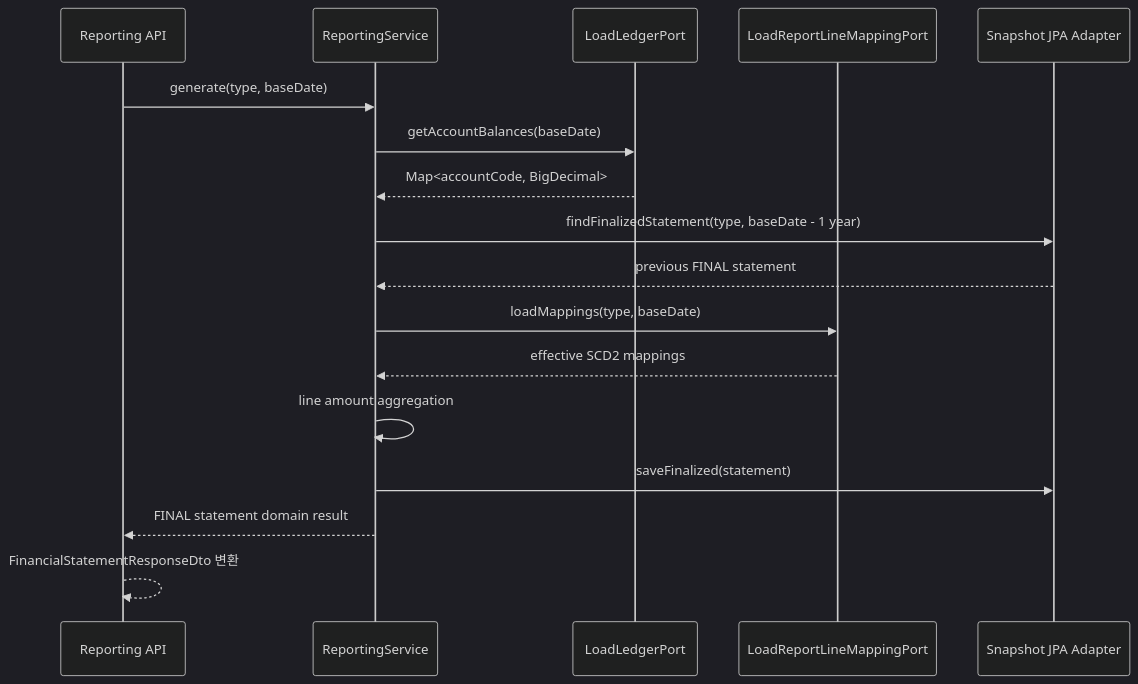
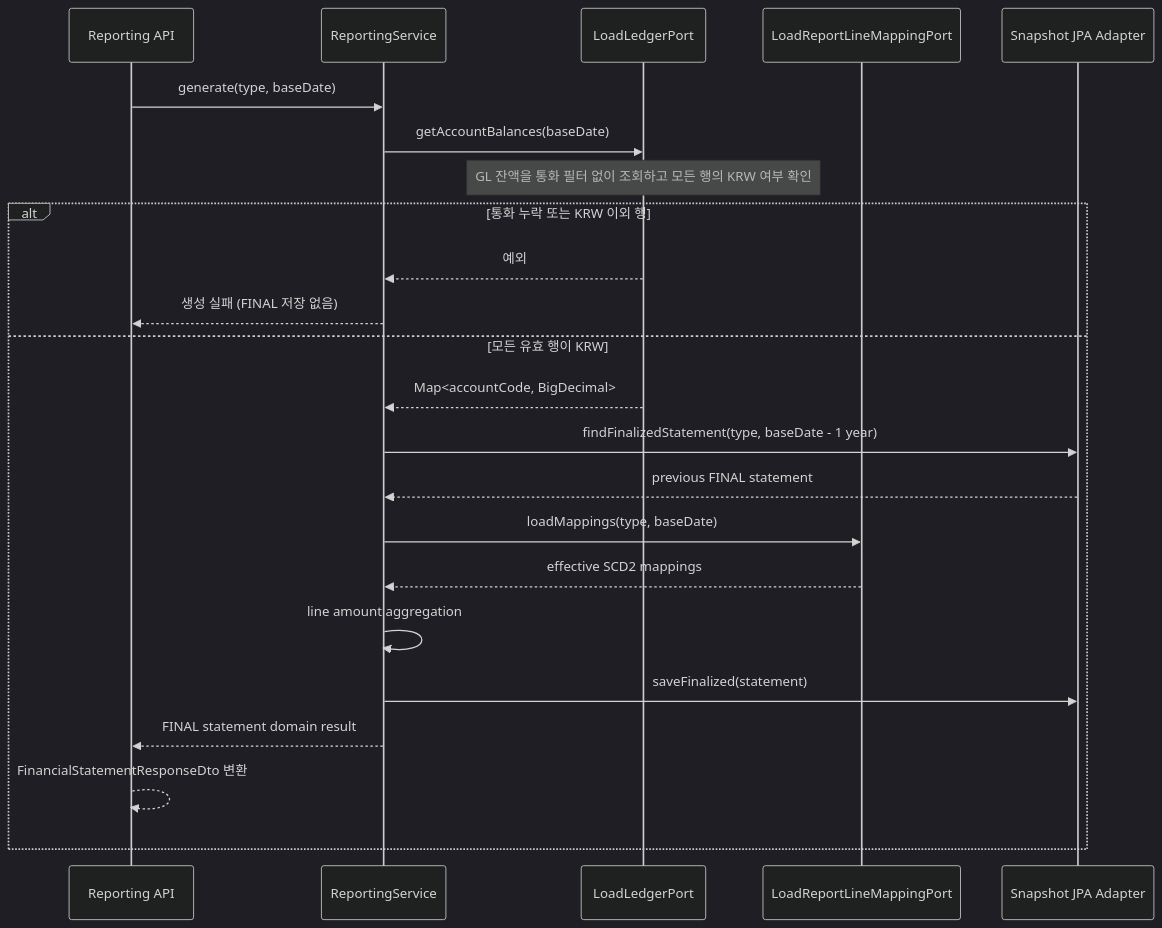
The first of 5 diagrams in reporting/docs/process-flow.md (skyg547/account), drawn with Mermaid (dark theme) before and after one commit. The commit also changed other lines of this file and 3 other files, not shown here.

Commit message:
GH-857: reject non-KRW ledger balances before reporting aggregation

````diff
--- a/reporting/docs/process-flow.md
+++ b/reporting/docs/process-flow.md
@@ -5,20 +5,26 @@
 ```mermaid
 sequenceDiagram
     participant API as Reporting API
     participant Service as ReportingService
     participant Ledger as LoadLedgerPort
     participant Mapping as LoadReportLineMappingPort
     participant Snapshot as Snapshot JPA Adapter
 
     API->>Service: generate(type, baseDate)
     Service->>Ledger: getAccountBalances(baseDate)
+    Note over Ledger: GL 잔액을 통화 필터 없이 조회하고 모든 행의 KRW 여부 확인
+    alt 통화 누락 또는 KRW 이외 행
+        Ledger-->>Service: 예외
+        Service-->>API: 생성 실패 (FINAL 저장 없음)
+    else 모든 유효 행이 KRW
     Ledger-->>Service: Map<accountCode, BigDecimal>
     Service->>Snapshot: findFinalizedStatement(type, baseDate - 1 year)
     Snapshot-->>Service: previous FINAL statement
     Service->>Mapping: loadMappings(type, baseDate)
     Mapping-->>Service: effective SCD2 mappings
     Service->>Service: line amount aggregation
     Service->>Snapshot: saveFinalized(statement)
     Service-->>API: FINAL statement domain result
     API-->>API: FinancialStatementResponseDto 변환
+    end
 ```
````
